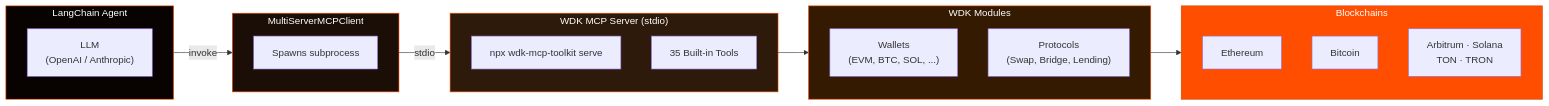
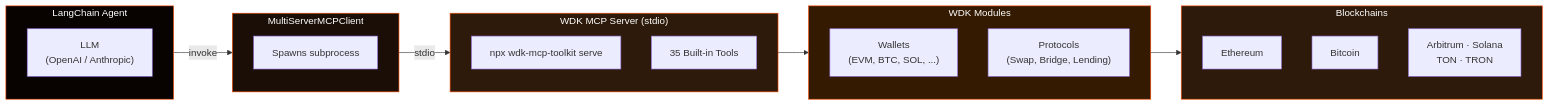
The diagram in ai/mcp-toolkit/langchain.md (gatteo/wdk-docs), drawn with Mermaid before and after one commit. The commit also changed 16 other files, not shown here.

Commit message:
docs: replace all primary orange backgrounds with dark tones in diagrams

````diff
--- a/ai/mcp-toolkit/langchain.md
+++ b/ai/mcp-toolkit/langchain.md
@@ -27,39 +27,39 @@
 ```mermaid
 graph LR
     subgraph Agent["LangChain Agent"]
         LLM["LLM\n(OpenAI / Anthropic)"]
     end
 
     subgraph MCP_Client["MultiServerMCPClient"]
         SPAWN["Spawns subprocess"]
     end
 
     subgraph MCP_Server["WDK MCP Server (stdio)"]
         SERVE["npx wdk-mcp-toolkit serve"]
         TOOLS["35 Built-in Tools"]
     end
 
     subgraph WDK["WDK Modules"]
         direction TB
         W["Wallets\n(EVM, BTC, SOL, ...)"]
         P["Protocols\n(Swap, Bridge, Lending)"]
     end
 
     subgraph BC["Blockchains"]
         direction TB
         ETH["Ethereum"]
         BTC["Bitcoin"]
         MORE["Arbitrum · Solana\nTON · TRON"]
     end
 
     Agent -->|"invoke"| MCP_Client
     MCP_Client -->|"stdio"| MCP_Server
     MCP_Server --> WDK
     WDK --> BC
 
     style Agent fill:#080201,stroke:#FF4E00,color:#fff
     style MCP_Client fill:#1a0e06,stroke:#FF4E00,color:#fff
     style MCP_Server fill:#2d1a0a,stroke:#FF4E00,color:#fff
     style WDK fill:#331a00,stroke:#FF4E00,color:#fff
-    style BC fill:#FF4E00,stroke:#cc3e00,color:#fff
+    style BC fill:#2d1a0a,stroke:#FF4E00,color:#fff
 ```
````
